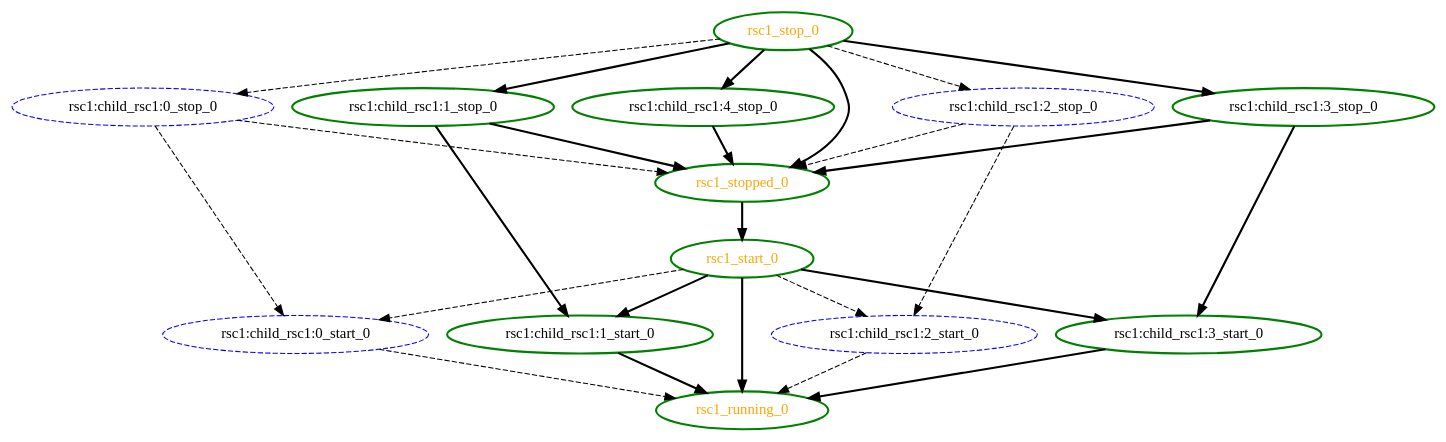
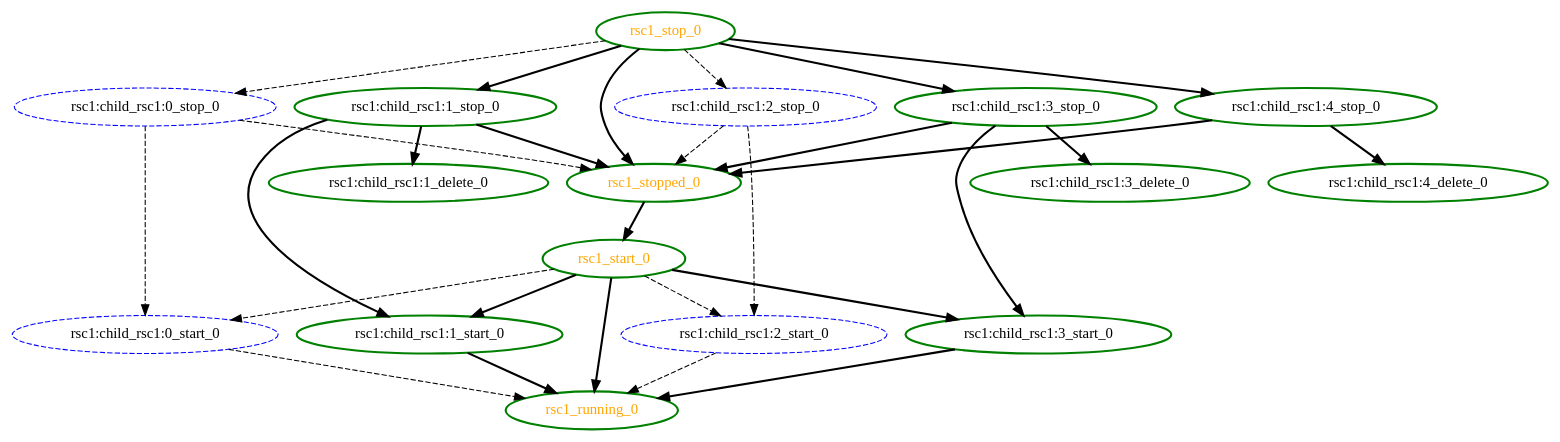
One commit to richiewen8/heartbeat changed the diagram in crm/pengine/testcases/inc2.dot. Above: the diagram before and after it, drawn with Graphviz. The commit also changed 99 other files, not shown here.

First line of the commit message:
Resolve the "rsc state" mess Dont send delete's when the node is down or the resource failed Send delete's for any inactive resources

```diff
--- a/crm/pengine/testcases/inc2.dot
+++ b/crm/pengine/testcases/inc2.dot
@@ -1,41 +1,47 @@
 digraph "g" {
 	size = "30,30"
 "rsc1:child_rsc1:0_stop_0" [ style="dashed" color="blue" fontcolor="black" ]
 "rsc1:child_rsc1:0_start_0" [ style="dashed" color="blue" fontcolor="black" ]
 "rsc1:child_rsc1:1_stop_0" [ tooltip="node1" style=bold color="green" fontcolor="black" ]
 "rsc1:child_rsc1:1_start_0" [ tooltip="node2" style=bold color="green" fontcolor="black" ]
+"rsc1:child_rsc1:1_delete_0" [ tooltip="node1" style=bold color="green" fontcolor="black" ]
 "rsc1:child_rsc1:2_stop_0" [ style="dashed" color="blue" fontcolor="black" ]
 "rsc1:child_rsc1:2_start_0" [ style="dashed" color="blue" fontcolor="black" ]
 "rsc1:child_rsc1:3_stop_0" [ tooltip="node1" style=bold color="green" fontcolor="black" ]
 "rsc1:child_rsc1:3_start_0" [ tooltip="node2" style=bold color="green" fontcolor="black" ]
+"rsc1:child_rsc1:3_delete_0" [ tooltip="node1" style=bold color="green" fontcolor="black" ]
 "rsc1:child_rsc1:4_stop_0" [ tooltip="node1" style=bold color="green" fontcolor="black" ]
+"rsc1:child_rsc1:4_delete_0" [ tooltip="node1" style=bold color="green" fontcolor="black" ]
 "rsc1_start_0" [ tooltip="" style=bold color="green" fontcolor="orange" ]
 "rsc1_running_0" [ tooltip="" style=bold color="green" fontcolor="orange" ]
 "rsc1_stop_0" [ tooltip="" style=bold color="green" fontcolor="orange" ]
 "rsc1_stopped_0" [ tooltip="" style=bold color="green" fontcolor="orange" ]
 "rsc1_stop_0" -> "rsc1:child_rsc1:0_stop_0" [ style = dashed]
 "rsc1:child_rsc1:0_stop_0" -> "rsc1:child_rsc1:0_start_0" [ style = dashed]
 "rsc1_start_0" -> "rsc1:child_rsc1:0_start_0" [ style = dashed]
 "rsc1_stop_0" -> "rsc1:child_rsc1:1_stop_0" [ style = bold]
 "rsc1:child_rsc1:1_stop_0" -> "rsc1:child_rsc1:1_start_0" [ style = bold]
 "rsc1_start_0" -> "rsc1:child_rsc1:1_start_0" [ style = bold]
+"rsc1:child_rsc1:1_stop_0" -> "rsc1:child_rsc1:1_delete_0" [ style = bold]
 "rsc1_stop_0" -> "rsc1:child_rsc1:2_stop_0" [ style = dashed]
 "rsc1:child_rsc1:2_stop_0" -> "rsc1:child_rsc1:2_start_0" [ style = dashed]
 "rsc1_start_0" -> "rsc1:child_rsc1:2_start_0" [ style = dashed]
 "rsc1_stop_0" -> "rsc1:child_rsc1:3_stop_0" [ style = bold]
 "rsc1:child_rsc1:3_stop_0" -> "rsc1:child_rsc1:3_start_0" [ style = bold]
 "rsc1_start_0" -> "rsc1:child_rsc1:3_start_0" [ style = bold]
+"rsc1:child_rsc1:3_stop_0" -> "rsc1:child_rsc1:3_delete_0" [ style = bold]
 "rsc1_stop_0" -> "rsc1:child_rsc1:4_stop_0" [ style = bold]
+"rsc1:child_rsc1:4_stop_0" -> "rsc1:child_rsc1:4_delete_0" [ style = bold]
 "rsc1_stopped_0" -> "rsc1_start_0" [ style = bold]
 "rsc1:child_rsc1:0_start_0" -> "rsc1_running_0" [ style = dashed]
 "rsc1:child_rsc1:1_start_0" -> "rsc1_running_0" [ style = bold]
 "rsc1:child_rsc1:2_start_0" -> "rsc1_running_0" [ style = dashed]
 "rsc1:child_rsc1:3_start_0" -> "rsc1_running_0" [ style = bold]
 "rsc1_start_0" -> "rsc1_running_0" [ style = bold]
 "rsc1:child_rsc1:0_stop_0" -> "rsc1_stopped_0" [ style = dashed]
 "rsc1:child_rsc1:1_stop_0" -> "rsc1_stopped_0" [ style = bold]
 "rsc1:child_rsc1:2_stop_0" -> "rsc1_stopped_0" [ style = dashed]
 "rsc1:child_rsc1:3_stop_0" -> "rsc1_stopped_0" [ style = bold]
 "rsc1:child_rsc1:4_stop_0" -> "rsc1_stopped_0" [ style = bold]
 "rsc1_stop_0" -> "rsc1_stopped_0" [ style = bold]
 }
```
